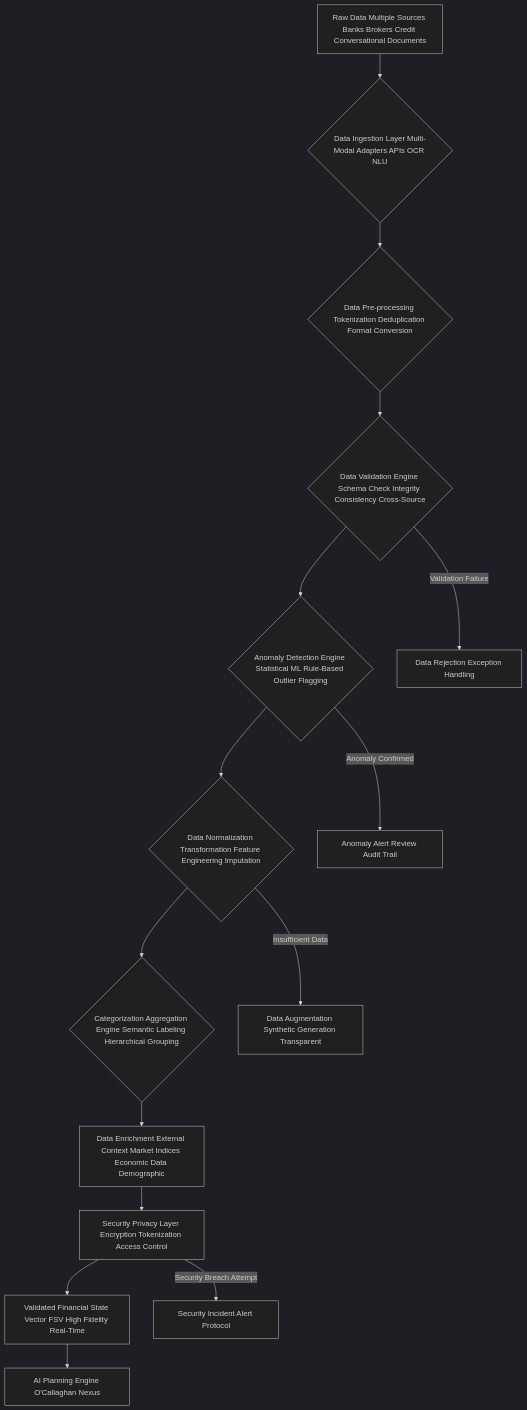
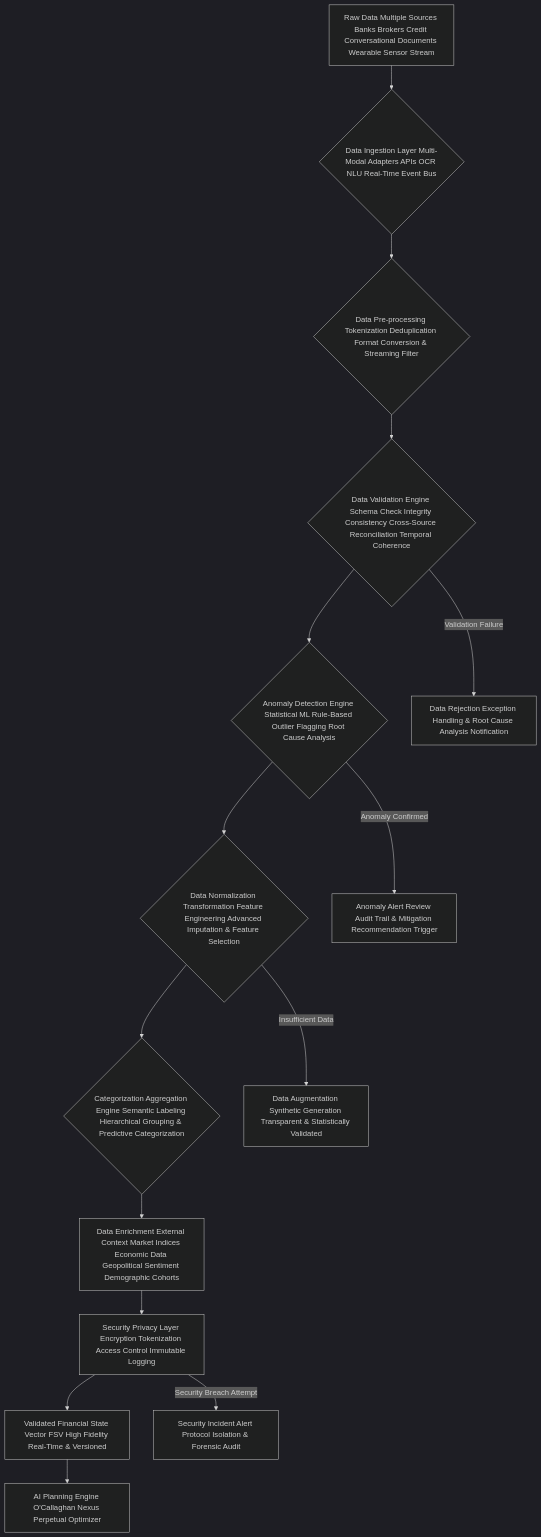
Diagram 11 of 12 in inventions/004_ai_financial_plan_for_goals/generative_ai_prompt_template.md (diplomat-bit/Citibank_Demo_Business_Inc_Demonstration-), drawn with Mermaid (dark theme) before and after one commit. The commit also changed other lines of this file, not shown here.

Commit message:
[AI] Edit: inventions/004_ai_financial_plan_for_goals/generative_ai_prompt_template.md

````diff
--- a/inventions/004_ai_financial_plan_for_goals/generative_ai_prompt_template.md
+++ b/inventions/004_ai_financial_plan_for_goals/generative_ai_prompt_template.md
@@ -1145,17 +1168,17 @@
 ```mermaid
 graph TD
-    A[Raw Data Multiple Sources Banks Brokers Credit Conversational Documents] --> B{Data Ingestion Layer Multi-Modal Adapters APIs OCR NLU}
-    B --> C{Data Pre-processing Tokenization Deduplication Format Conversion}
-    C --> D{Data Validation Engine Schema Check Integrity Consistency Cross-Source}
-    D --> E{Anomaly Detection Engine Statistical ML Rule-Based Outlier Flagging}
-    E --> F{Data Normalization Transformation Feature Engineering Imputation}
-    F --> G{Categorization Aggregation Engine Semantic Labeling Hierarchical Grouping}
-    G --> H[Data Enrichment External Context Market Indices Economic Data Demographic]
-    H --> I[Security Privacy Layer Encryption Tokenization Access Control]
-    I --> J[Validated Financial State Vector FSV High Fidelity Real-Time]
-    J --> K[AI Planning Engine O'Callaghan Nexus]
-    D -- Validation Failure --> Z1[Data Rejection Exception Handling]
-    E -- Anomaly Confirmed --> Z2[Anomaly Alert Review Audit Trail]
-    F -- Insufficient Data --> Z3[Data Augmentation Synthetic Generation Transparent]
-    I -- Security Breach Attempt --> Z4[Security Incident Alert Protocol]
+    A[Raw Data Multiple Sources Banks Brokers Credit Conversational Documents Wearable Sensor Stream] --> B{Data Ingestion Layer Multi-Modal Adapters APIs OCR NLU Real-Time Event Bus}
+    B --> C{Data Pre-processing Tokenization Deduplication Format Conversion & Streaming Filter}
+    C --> D{Data Validation Engine Schema Check Integrity Consistency Cross-Source Reconciliation Temporal Coherence}
+    D --> E{Anomaly Detection Engine Statistical ML Rule-Based Outlier Flagging Root Cause Analysis}
+    E --> F{Data Normalization Transformation Feature Engineering Advanced Imputation & Feature Selection}
+    F --> G{Categorization Aggregation Engine Semantic Labeling Hierarchical Grouping & Predictive Categorization}
+    G --> H[Data Enrichment External Context Market Indices Economic Data Geopolitical Sentiment Demographic Cohorts]
+    H --> I[Security Privacy Layer Encryption Tokenization Access Control Immutable Logging]
+    I --> J[Validated Financial State Vector FSV High Fidelity Real-Time & Versioned]
+    J --> K[AI Planning Engine O'Callaghan Nexus Perpetual Optimizer]
+    D -- Validation Failure --> Z1[Data Rejection Exception Handling & Root Cause Analysis Notification]
+    E -- Anomaly Confirmed --> Z2[Anomaly Alert Review Audit Trail & Mitigation Recommendation Trigger]
+    F -- Insufficient Data --> Z3[Data Augmentation Synthetic Generation Transparent & Statistically Validated]
+    I -- Security Breach Attempt --> Z4[Security Incident Alert Protocol Isolation & Forensic Audit]
 ```
````
